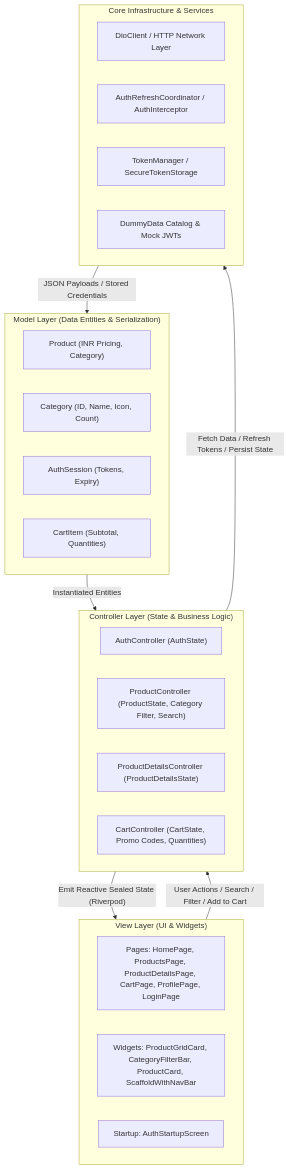
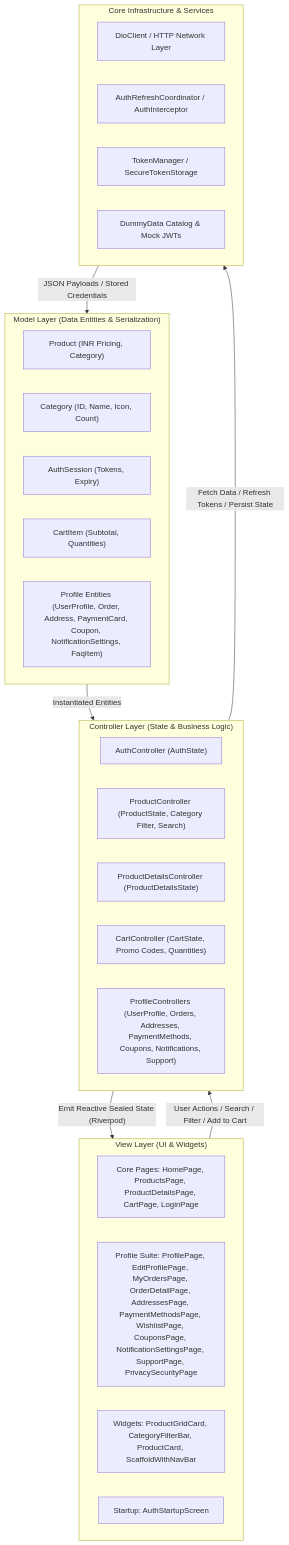
One commit to Rohan1406/ShopSphere changed the diagram in PROJECT_OVERVIEW.md. Above: the diagram before and after it, drawn with Mermaid. The commit also changed other lines of this file, not shown here.

Commit message:
docs: update project overview with profile feature architecture and roadmap

````diff
--- a/PROJECT_OVERVIEW.md
+++ b/PROJECT_OVERVIEW.md
@@ -178,35 +209,38 @@
 ```mermaid
 flowchart TD
     subgraph View ["View Layer (UI & Widgets)"]
-        V1["Pages: HomePage, ProductsPage, ProductDetailsPage, CartPage, ProfilePage, LoginPage"]
-        V2["Widgets: ProductGridCard, CategoryFilterBar, ProductCard, ScaffoldWithNavBar"]
-        V3["Startup: AuthStartupScreen"]
+        V1["Core Pages: HomePage, ProductsPage, ProductDetailsPage, CartPage, LoginPage"]
+        V2["Profile Suite: ProfilePage, EditProfilePage, MyOrdersPage, OrderDetailPage, AddressesPage, PaymentMethodsPage, WishlistPage, CouponsPage, NotificationSettingsPage, SupportPage, PrivacySecurityPage"]
+        V3["Widgets: ProductGridCard, CategoryFilterBar, ProductCard, ScaffoldWithNavBar"]
+        V4["Startup: AuthStartupScreen"]
     end
 
     subgraph Controller ["Controller Layer (State & Business Logic)"]
         C1["AuthController (AuthState)"]
         C2["ProductController (ProductState, Category Filter, Search)"]
         C3["ProductDetailsController (ProductDetailsState)"]
         C4["CartController (CartState, Promo Codes, Quantities)"]
+        C5["ProfileControllers (UserProfile, Orders, Addresses, PaymentMethods, Coupons, Notifications, Support)"]
     end
 
     subgraph Model ["Model Layer (Data Entities & Serialization)"]
         M1["Product (INR Pricing, Category)"]
         M2["Category (ID, Name, Icon, Count)"]
         M3["AuthSession (Tokens, Expiry)"]
         M4["CartItem (Subtotal, Quantities)"]
+        M5["Profile Entities (UserProfile, Order, Address, PaymentCard, Coupon, NotificationSettings, FaqItem)"]
     end
 
     subgraph Services ["Core Infrastructure & Services"]
         S1["DioClient / HTTP Network Layer"]
         S2["AuthRefreshCoordinator / AuthInterceptor"]
         S3["TokenManager / SecureTokenStorage"]
         S4["DummyData Catalog & Mock JWTs"]
     end
 
     View -->|"User Actions / Search / Filter / Add to Cart"| Controller
     Controller -->|"Fetch Data / Refresh Tokens / Persist State"| Services
     Services -->|"JSON Payloads / Stored Credentials"| Model
     Model -->|"Instantiated Entities"| Controller
     Controller -->|"Emit Reactive Sealed State (Riverpod)"| View
 ```
````
